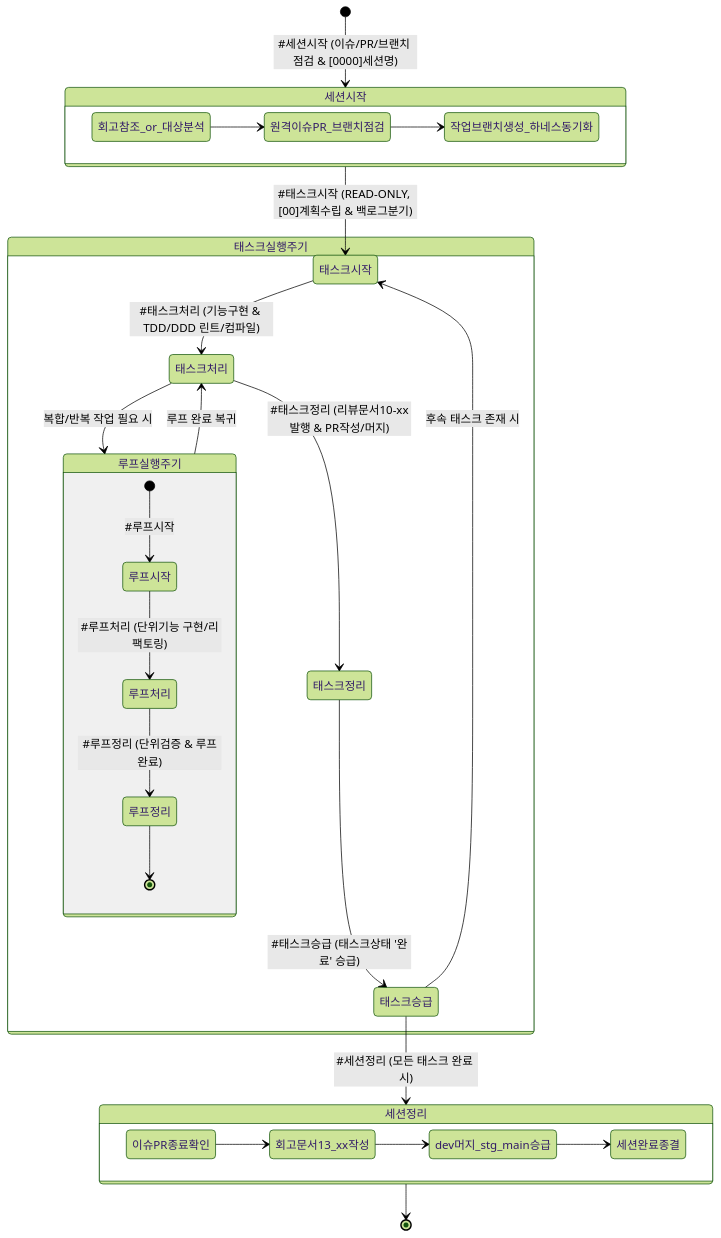
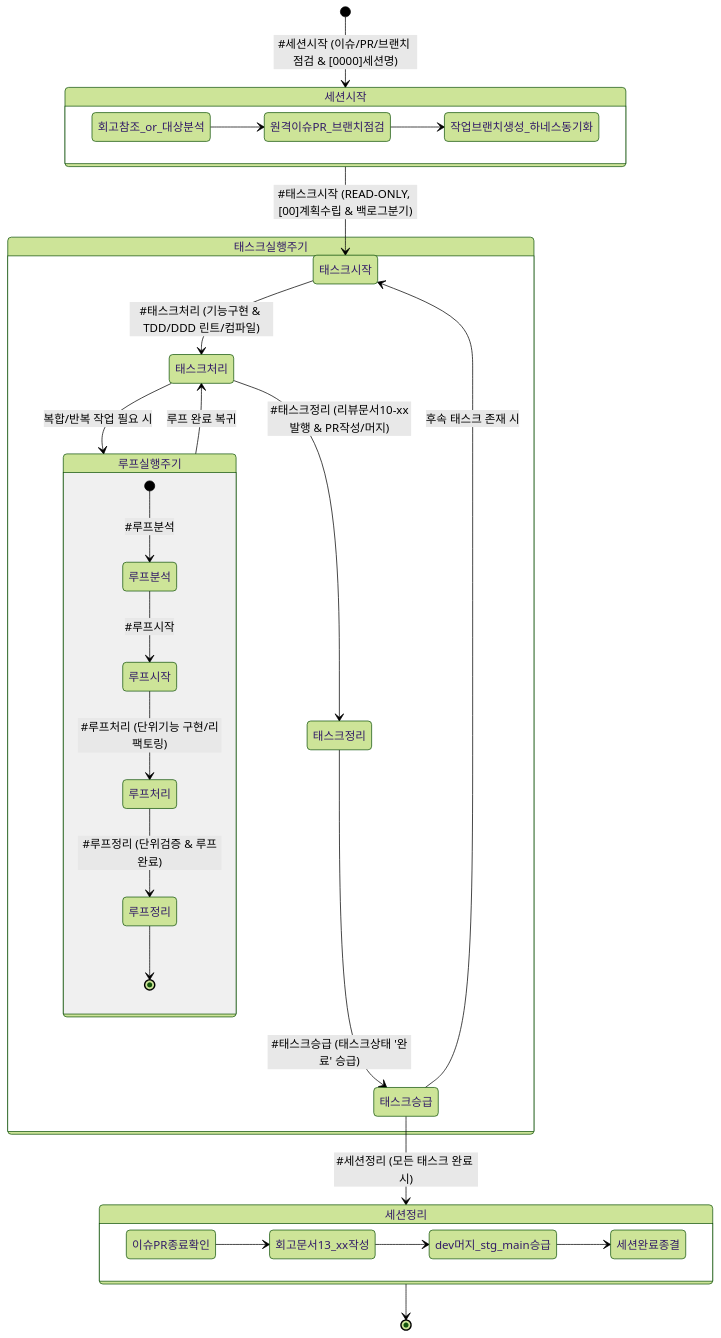
The diagram in AGENTS.md (jkoogit/purePDFrend), drawn with Mermaid (forest theme) before and after one commit. The commit also changed other lines of this file and 10 other files, not shown here.

````diff
--- a/AGENTS.md
+++ b/AGENTS.md
@@ -12,40 +12,41 @@
 ```mermaid
 stateDiagram-v2
     [*] --> 세션시작: #세션시작 (이슈/PR/브랜치 점검 & [0000]세션명)
     
     state 세션시작 {
         direction LR
         회고참조_or_대상분석 --> 원격이슈PR_브랜치점검
         원격이슈PR_브랜치점검 --> 작업브랜치생성_하네스동기화
     }
 
     세션시작 --> 태스크시작: #태스크시작 (READ-ONLY, [00]계획수립 & 백로그분기)
 
     state 태스크실행주기 {
         태스크시작 --> 태스크처리: #태스크처리 (기능구현 & TDD/DDD 린트/컴파일)
         
         state 루프실행주기 {
-            [*] --> 루프시작: #루프시작
+            [*] --> 루프분석: #루프분석
+            루프분석 --> 루프시작: #루프시작
             루프시작 --> 루프처리: #루프처리 (단위기능 구현/리팩토링)
             루프처리 --> 루프정리: #루프정리 (단위검증 & 루프완료)
             루프정리 --> [*]
         }
         
         태스크처리 --> 루프실행주기: 복합/반복 작업 필요 시
         루프실행주기 --> 태스크처리: 루프 완료 복귀
         태스크처리 --> 태스크정리: #태스크정리 (리뷰문서10-xx발행 & PR작성/머지)
         태스크정리 --> 태스크승급: #태스크승급 (태스크상태 '완료' 승급)
     }
 
     태스크승급 --> 태스크시작: 후속 태스크 존재 시
     태스크승급 --> 세션정리: #세션정리 (모든 태스크 완료 시)
 
     state 세션정리 {
         direction LR
         이슈PR종료확인 --> 회고문서13_xx작성
         회고문서13_xx작성 --> dev머지_stg_main승급
         dev머지_stg_main승급 --> 세션완료종결
     }
 
     세션정리 --> [*]
 ```
````
